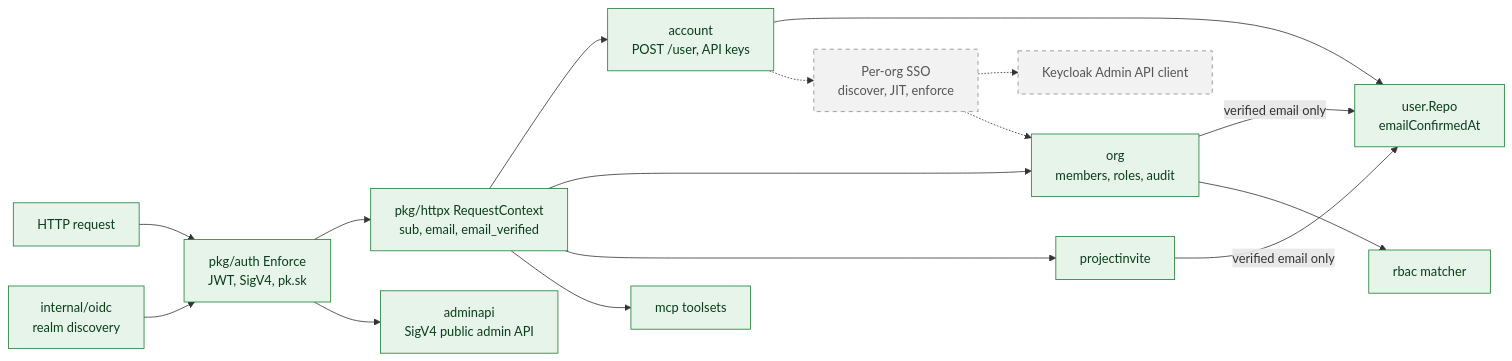
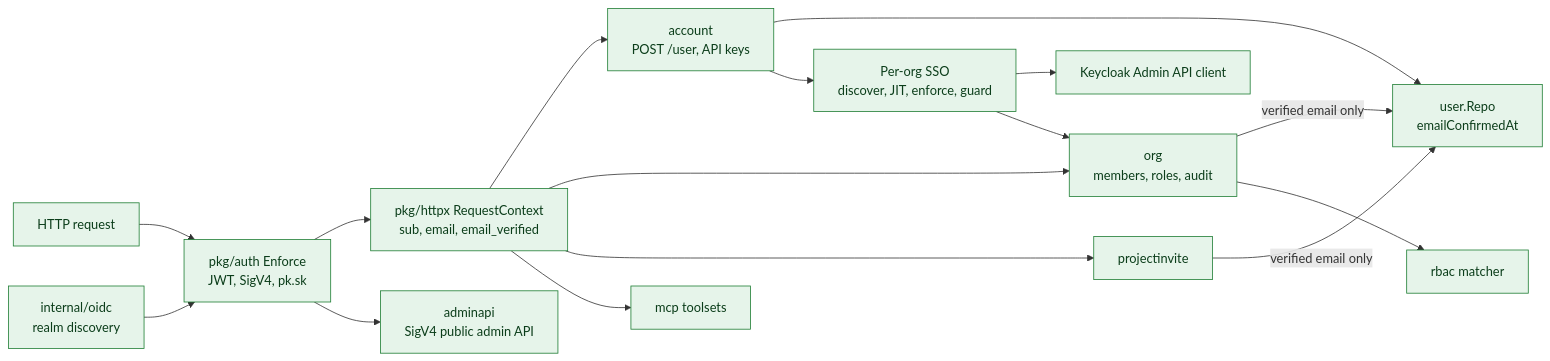
Before and after one commit to mutex-solutions/proxcloud: the first of 5 diagrams in docs/architecture/c4/c3-components.md, drawn with Mermaid. The commit also changed other lines of this file and 5 other files, not shown here.

````diff
--- a/docs/architecture/c4/c3-components.md
+++ b/docs/architecture/c4/c3-components.md
@@ -12,35 +12,35 @@
 ```mermaid
 flowchart LR
   classDef impl fill:#e6f4ea,stroke:#1e7e34,color:#0b3d1a
   classDef planned fill:#f2f2f2,stroke:#8a8a8a,stroke-dasharray:5 5,color:#555555
 
   req["HTTP request"]:::impl
   enforce["pkg/auth Enforce<br/>JWT, SigV4, pk.sk"]:::impl
   oidc["internal/oidc<br/>realm discovery"]:::impl
   rc["pkg/httpx RequestContext<br/>sub, email, email_verified"]:::impl
   acct["account<br/>POST /user, API keys"]:::impl
   users["user.Repo<br/>emailConfirmedAt"]:::impl
   org["org<br/>members, roles, audit"]:::impl
   inv["projectinvite"]:::impl
   rbac["rbac matcher"]:::impl
   adminapi["adminapi<br/>SigV4 public admin API"]:::impl
   mcp["mcp toolsets"]:::impl
-  sso["Per-org SSO<br/>discover, JIT, enforce"]:::planned
-  kcadm["Keycloak Admin API client"]:::planned
+  sso["Per-org SSO<br/>discover, JIT, enforce, guard"]:::impl
+  kcadm["Keycloak Admin API client"]:::impl
 
   req --> enforce
   oidc --> enforce
   enforce --> rc
   rc --> acct
   rc --> org
   rc --> inv
   rc --> mcp
   enforce --> adminapi
   acct --> users
   org -->|"verified email only"| users
   inv -->|"verified email only"| users
   org --> rbac
-  acct -.-> sso
-  sso -.-> kcadm
-  sso -.-> org
+  acct --> sso
+  sso --> kcadm
+  sso --> org
 ```
````
